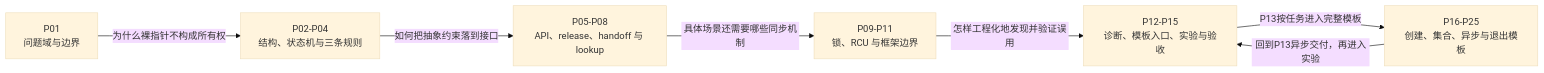
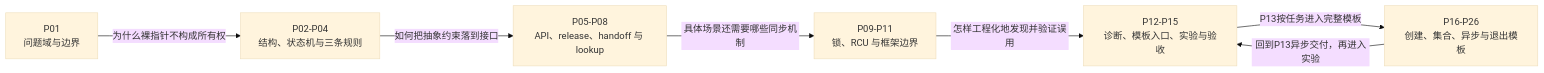
Before and after one commit to FormingSystem/linux_note: the diagram in knowledge/linux/object_lifetime/kref/大纲.md, drawn with Mermaid (base theme). The commit also changed other lines of this file and 19 other files, not shown here.

````diff
--- a/knowledge/linux/object_lifetime/kref/大纲.md
+++ b/knowledge/linux/object_lifetime/kref/大纲.md
@@ -21,16 +21,16 @@
 ```mermaid
 flowchart LR
     A["P01<br/>问题域与边界"]
     B["P02-P04<br/>结构、状态机与三条规则"]
     C["P05-P08<br/>API、release、handoff 与 lookup"]
     D["P09-P11<br/>锁、RCU 与框架边界"]
     E["P12-P15<br/>诊断、模板入口、实验与验收"]
-    T["P16-P25<br/>创建、集合、异步与退出模板"]
+    T["P16-P26<br/>创建、集合、异步与退出模板"]
 
     A -->|"为什么裸指针不构成所有权"| B
     B -->|"如何把抽象约束落到接口"| C
     C -->|"具体场景还需要哪些同步机制"| D
     D -->|"怎样工程化地发现并验证误用"| E
     E -->|"P13按任务进入完整模板"| T
     T -->|"回到P13异步交付，再进入实验"| E
 ```
````
